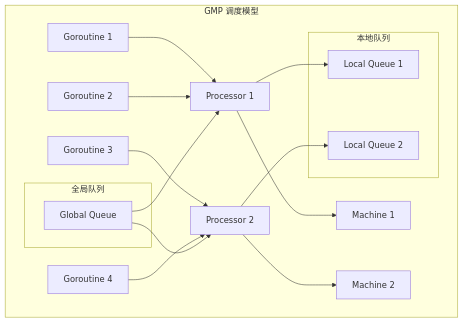
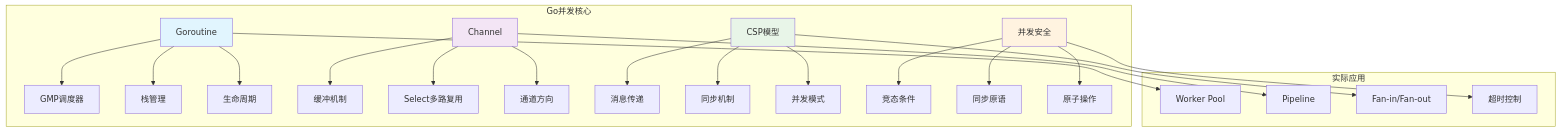
One commit to ming-xwolf/IQB changed the diagram in questions/backend/go-concurrency.md. Above: the diagram before and after it, drawn with Mermaid. The commit also changed other lines of this file and 23 other files, not shown here.

Commit message:
优化后端面试题：重构理论与代码分离，优化Mermaid图表和文档结构

````diff
--- a/questions/backend/go-concurrency.md
+++ b/questions/backend/go-concurrency.md
@@ -102,26 +31,37 @@
 ```mermaid
-graph TD
-    subgraph "GMP 调度模型"
-        G1[Goroutine 1] --> P1[Processor 1]
-        G2[Goroutine 2] --> P1
-        G3[Goroutine 3] --> P2[Processor 2]
-        G4[Goroutine 4] --> P2
+graph TB
+    subgraph "Go并发核心"
+        A[Goroutine] --> B[GMP调度器]
+        A --> C[栈管理]
+        A --> D[生命周期]
         
-        P1 --> M1[Machine 1]
-        P2 --> M2[Machine 2]
+        E[Channel] --> F[缓冲机制]
+        E --> G[Select多路复用]
+        E --> H[通道方向]
         
-        subgraph "全局队列"
-            GQ[Global Queue]
-        end
+        I[CSP模型] --> J[消息传递]
+        I --> K[同步机制]
+        I --> L[并发模式]
         
-        subgraph "本地队列"
-            LQ1[Local Queue 1]
-            LQ2[Local Queue 2]
-        end
-        
-        P1 --> LQ1
-        P2 --> LQ2
-        GQ --> P1
-        GQ --> P2
+        M[并发安全] --> N[竞态条件]
+        M --> O[同步原语]
+        M --> P[原子操作]
     end
+    
+    subgraph "实际应用"
+        Q[Worker Pool]
+        R[Pipeline]
+        S[Fan-in/Fan-out]
+        T[超时控制]
+    end
+    
+    A --> Q
+    E --> R
+    I --> S
+    M --> T
+    
+    style A fill:#e1f5fe
+    style E fill:#f3e5f5
+    style I fill:#e8f5e8
+    style M fill:#fff3e0
 ```
````
